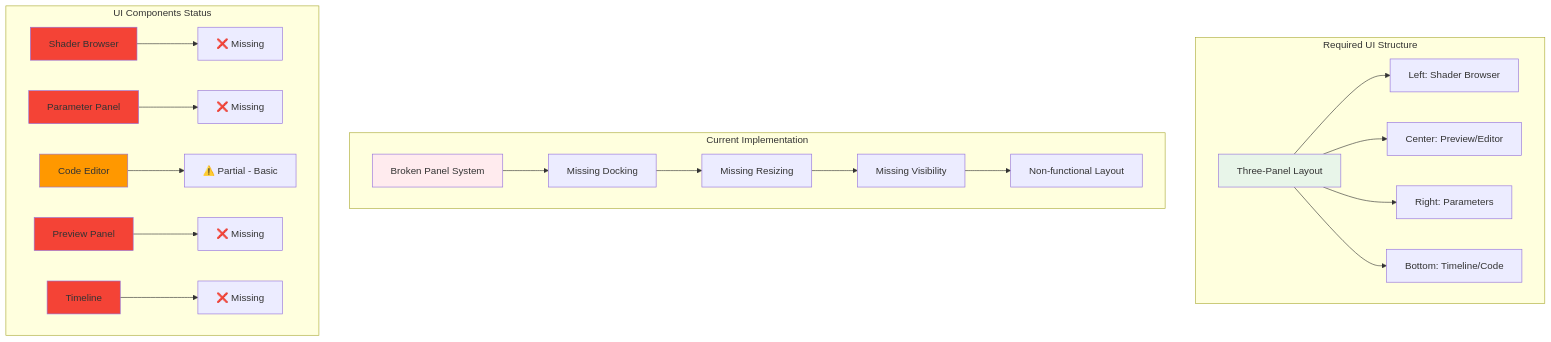
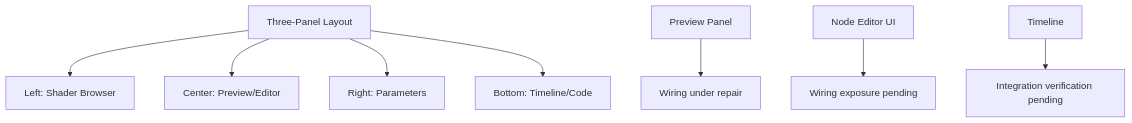
One commit to compiling-org/WGSL-Shader-Studio changed the fifth of 11 diagrams in docs/WGSL_Shader_Studio_Technical_Architecture_Current.md. Above: the diagram before and after it, drawn with Mermaid. The commit also changed other lines of this file and 37 other files, not shown here.

Commit message:
docs: reality-aligned content updates; diagrams unchanged; roadmap fix; systems reference wiring; PRD narrative adjusted; tech-arch reference note

````diff
--- a/docs/WGSL_Shader_Studio_Technical_Architecture_Current.md
+++ b/docs/WGSL_Shader_Studio_Technical_Architecture_Current.md
@@ -148,32 +72,10 @@
 ```mermaid
-graph TD
-    subgraph "Required UI Structure"
-        A[Three-Panel Layout] --> B[Left: Shader Browser]
-        A --> C[Center: Preview/Editor]
-        A --> D[Right: Parameters]
-        A --> E[Bottom: Timeline/Code]
-    end
-    
-    subgraph "Current Implementation"
-        F[Broken Panel System] --> G[Missing Docking]
-        G --> H[Missing Resizing]
-        H --> I[Missing Visibility]
-        I --> J[Non-functional Layout]
-    end
-    
-    subgraph "UI Components Status"
-        K[Shader Browser] --> L[❌ Missing]
-        M[Parameter Panel] --> N[❌ Missing]
-        O[Code Editor] --> P[⚠️ Partial - Basic]
-        Q[Preview Panel] --> R[❌ Missing]
-        S[Timeline] --> T[❌ Missing]
-    end
-    
-    style A fill:#e8f5e9
-    style F fill:#ffebee
-    style K fill:#f44336
-    style M fill:#f44336
-    style O fill:#ff9800
-    style Q fill:#f44336
-    style S fill:#f44336
+flowchart TD
+    A[Three-Panel Layout] --> B[Left: Shader Browser]
+    A --> C[Center: Preview/Editor]
+    A --> D[Right: Parameters]
+    A --> E[Bottom: Timeline/Code]
+    Preview[Preview Panel] --> Repair[Wiring under repair]
+    NodeUI[Node Editor UI] --> Expose[Wiring exposure pending]
+    Timeline[Timeline] --> Verify[Integration verification pending]
 ```
````
